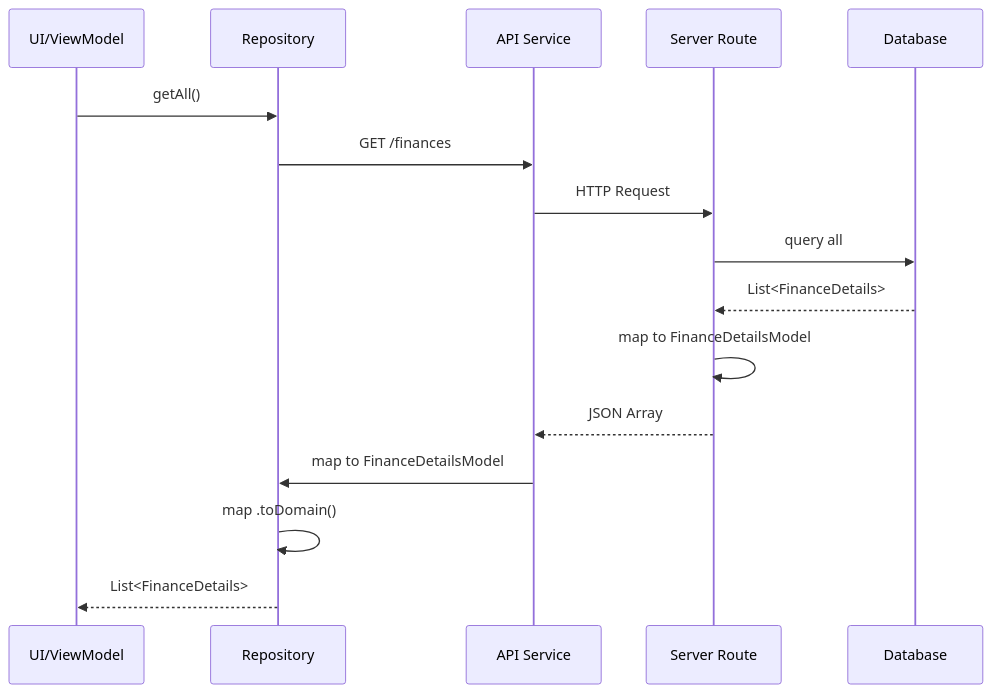
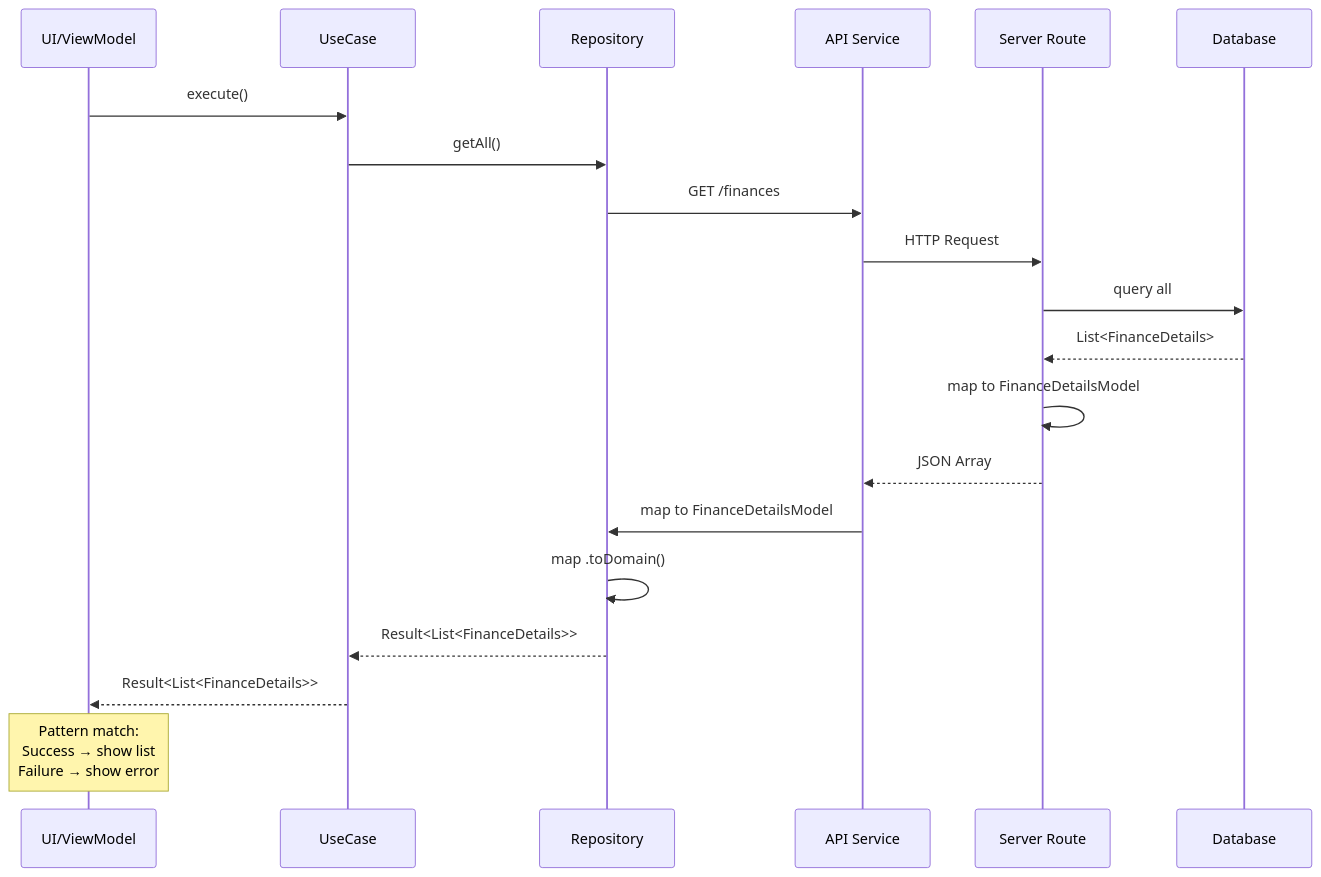
Before and after one commit to edumigsoft/ems_system: the second of 2 diagrams in docs/architecture/architecture_patterns.md, drawn with Mermaid. The commit also changed other lines of this file and 7 other files, not shown here.

````diff
--- a/docs/architecture/architecture_patterns.md
+++ b/docs/architecture/architecture_patterns.md
@@ -445,19 +582,23 @@
 ```mermaid
 sequenceDiagram
     participant UI as UI/ViewModel
+    participant UC as UseCase
     participant Repo as Repository
     participant API as API Service
     participant Route as Server Route
     participant DB as Database
 
-    UI->>Repo: getAll()
+    UI->>UC: execute()
+    UC->>Repo: getAll()
     Repo->>API: GET /finances
     API->>Route: HTTP Request
     Route->>DB: query all
     DB-->>Route: List<FinanceDetails>
     Route->>Route: map to FinanceDetailsModel
     Route-->>API: JSON Array
     API->>Repo: map to FinanceDetailsModel
     Repo->>Repo: map .toDomain()
-    Repo-->>UI: List<FinanceDetails>
+    Repo-->>UC: Result<List<FinanceDetails>>
+    UC-->>UI: Result<List<FinanceDetails>>
+    Note over UI: Pattern match:<br/>Success → show list<br/>Failure → show error
 ```
````
